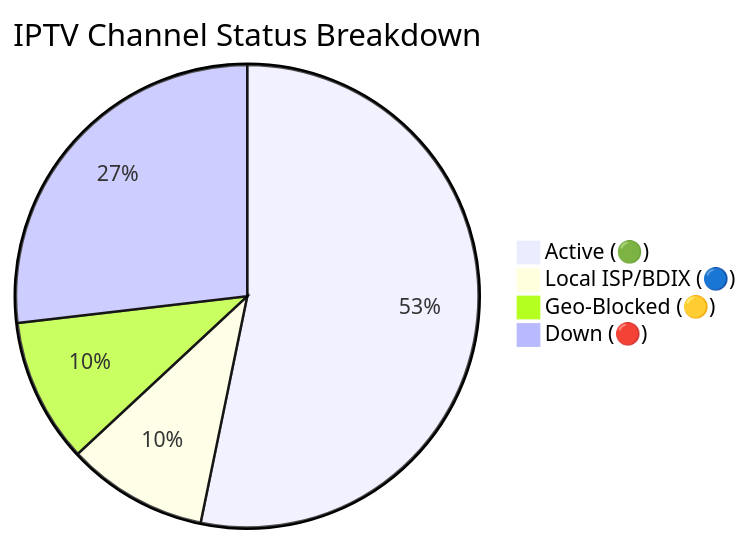
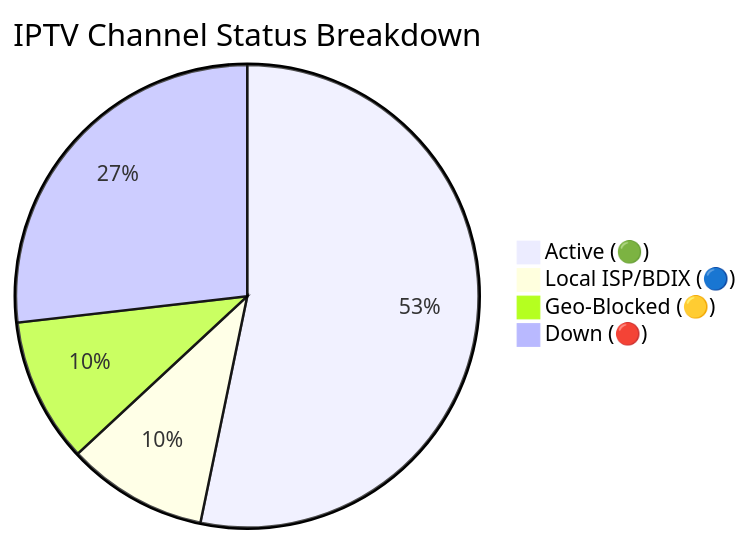
Before and after one commit to Zaman-Topu/Ip-tv-Collection: the diagram in README.md, drawn with Mermaid. The commit also changed other lines of this file and 6 other files, not shown here.

````diff
--- a/README.md
+++ b/README.md
@@ -149,7 +149,7 @@
 ```mermaid
 pie title IPTV Channel Status Breakdown
-    "Active (🟢)" : 9130
+    "Active (🟢)" : 9141
     "Local ISP/BDIX (🔵)" : 1689
-    "Geo-Blocked (🟡)" : 1728
-    "Down (🔴)" : 4605
+    "Geo-Blocked (🟡)" : 1733
+    "Down (🔴)" : 4604
 ```
````
